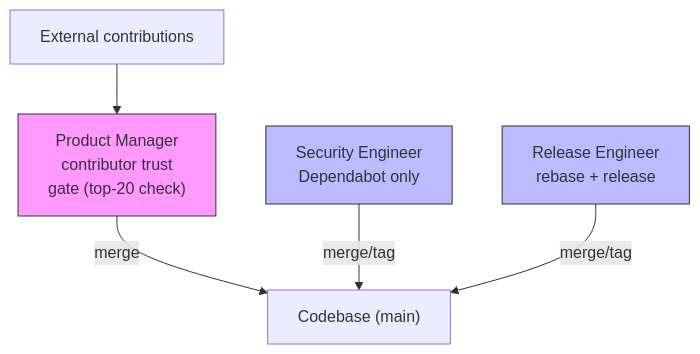
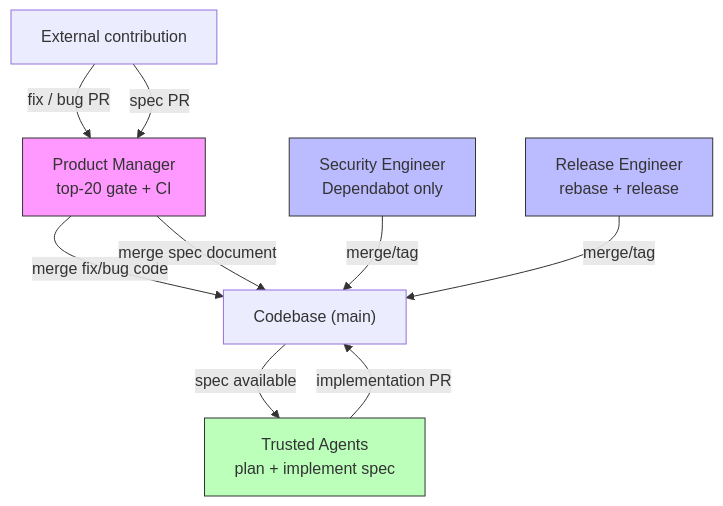
Before and after one commit to forwardimpact/pathway: the third of 3 diagrams in CONTINUOUS_IMPROVEMENT.md, drawn with Mermaid. The commit also changed other lines of this file and 4 other files, not shown here.

First line of the commit message:
feat(ci): add product-backlog workflow with two-tier trust gate

````diff
--- a/CONTINUOUS_IMPROVEMENT.md
+++ b/CONTINUOUS_IMPROVEMENT.md
@@ -116,16 +142,25 @@
 ```mermaid
 graph TD
-    EXT["External contributions"] --> PM
-    PM["Product Manager<br/>contributor trust<br/>gate (top-20 check)"]
+    EXT["External contribution"]
+    PM["Product Manager<br/>top-20 gate + CI"]
+    CB["Codebase (main)"]
     SE["Security Engineer<br/>Dependabot only"]
     RE["Release Engineer<br/>rebase + release"]
-    CB["Codebase (main)"]
 
-    PM -- "merge" --> CB
+    EXT -- "fix / bug PR" --> PM
+    EXT -- "spec PR" --> PM
+    PM -- "merge fix/bug code" --> CB
+    PM -- "merge spec document" --> CB
+
+    CB -- "spec available" --> TA
+    TA["Trusted Agents<br/>plan + implement spec"]
+    TA -- "implementation PR" --> CB
+
     SE -- "merge/tag" --> CB
     RE -- "merge/tag" --> CB
 
     style PM fill:#f9f,stroke:#333
+    style TA fill:#bfb,stroke:#333
     style SE fill:#bbf,stroke:#333
     style RE fill:#bbf,stroke:#333
 ```
````
